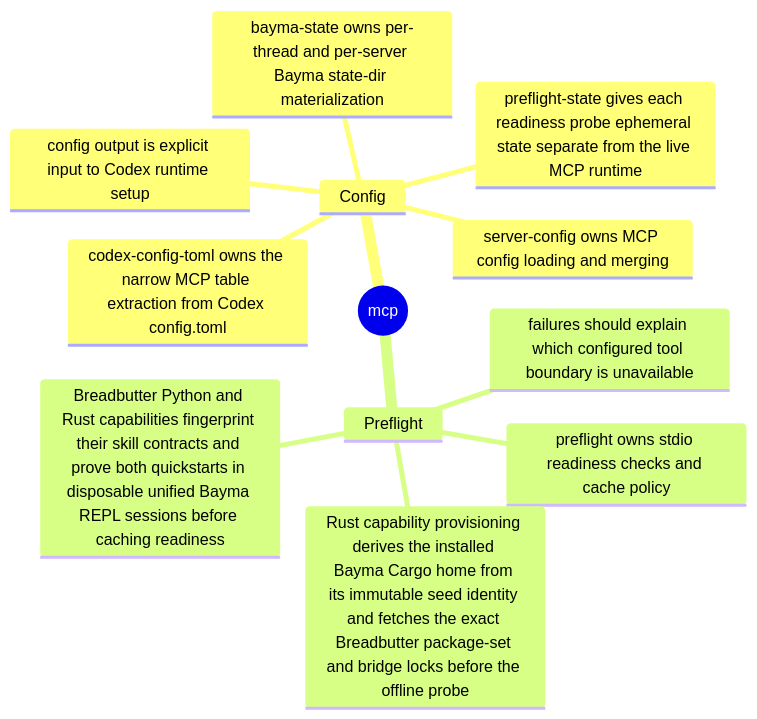
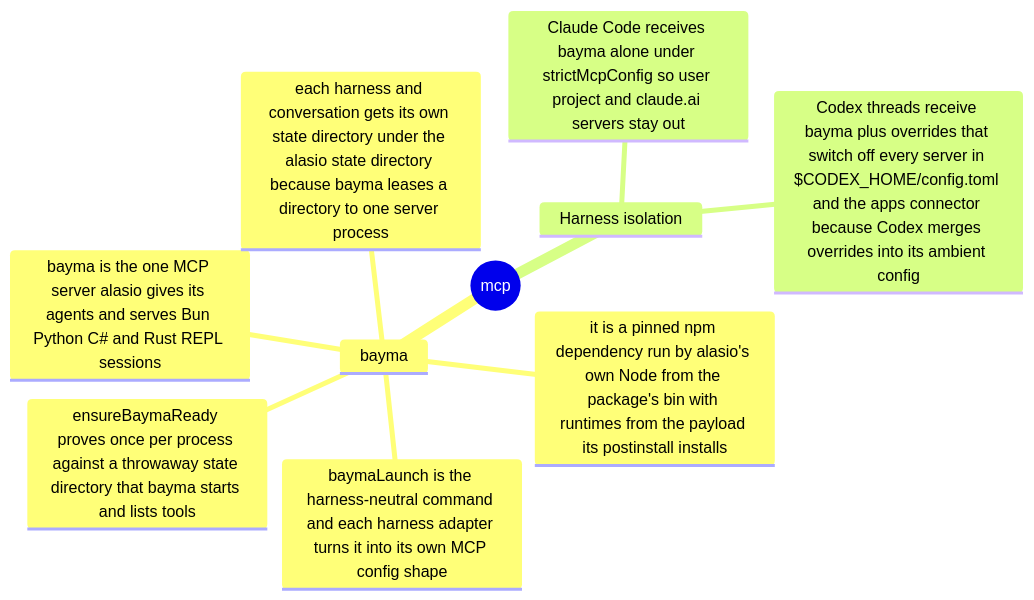
The first of 3 diagrams in src/mcp/README.md (eaucoin/alasio), drawn with Mermaid before and after one commit. The commit also changed other lines of this file and 29 other files, not shown here.

First line of the commit message:
Give both harnesses bayma as their only MCP server

````diff
--- a/src/mcp/README.md
+++ b/src/mcp/README.md
@@ -2,15 +2,13 @@
 ```mermaid
 mindmap
   root((mcp))
-    Config
-      server-config owns MCP config loading and merging
-      codex-config-toml owns the narrow MCP table extraction from Codex config.toml
-      bayma-state owns per-thread and per-server Bayma state-dir materialization
-      preflight-state gives each readiness probe ephemeral state separate from the live MCP runtime
-      config output is explicit input to Codex runtime setup
-    Preflight
-      preflight owns stdio readiness checks and cache policy
-      failures should explain which configured tool boundary is unavailable
-      Rust capability provisioning derives the installed Bayma Cargo home from its immutable seed identity and fetches the exact Breadbutter package-set and bridge locks before the offline probe
-      Breadbutter Python and Rust capabilities fingerprint their skill contracts and prove both quickstarts in disposable unified Bayma REPL sessions before caching readiness
+    bayma
+      bayma is the one MCP server alasio gives its agents and serves Bun Python C# and Rust REPL sessions
+      it is a pinned npm dependency run by alasio's own Node from the package's bin with runtimes from the payload its postinstall installs
+      baymaLaunch is the harness-neutral command and each harness adapter turns it into its own MCP config shape
+      each harness and conversation gets its own state directory under the alasio state directory because bayma leases a directory to one server process
+      ensureBaymaReady proves once per process against a throwaway state directory that bayma starts and lists tools
+    Harness isolation
+      Claude Code receives bayma alone under strictMcpConfig so user project and claude.ai servers stay out
+      Codex threads receive bayma plus overrides that switch off every server in $CODEX_HOME/config.toml and the apps connector because Codex merges overrides into its ambient config
 ```
````
